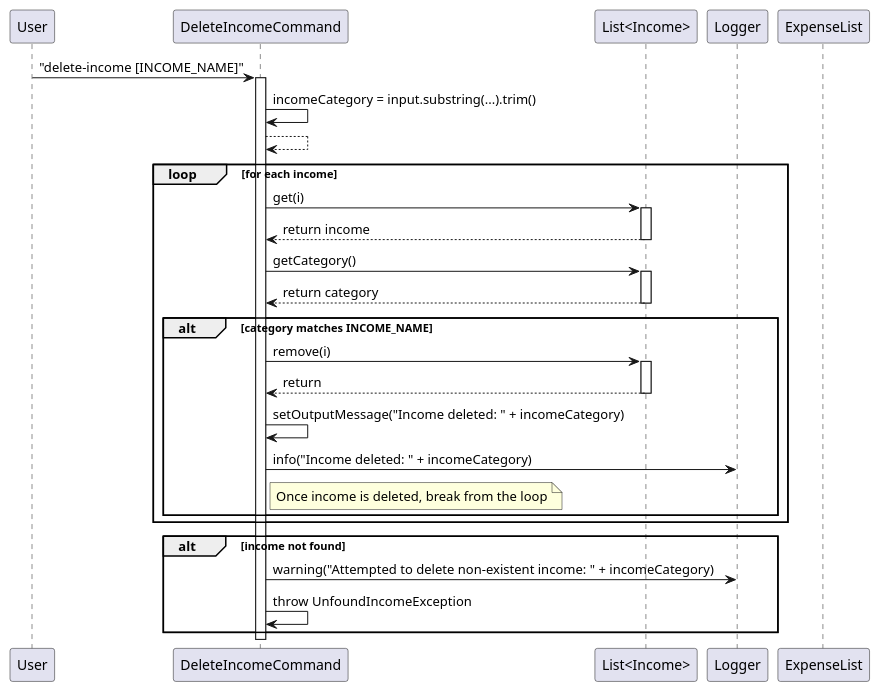
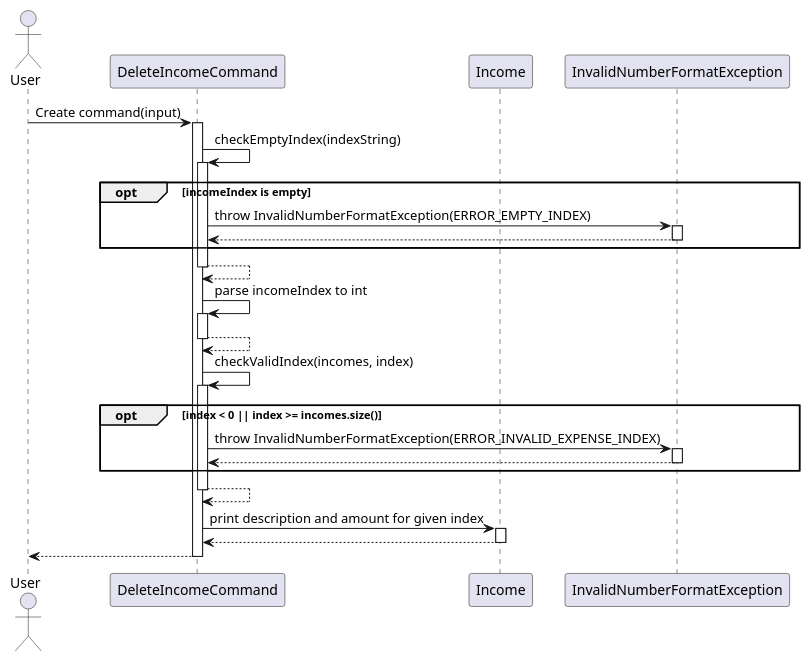
One commit to thienkimtranhoang/tp changed the diagram in docs/diagrams/DeleteIncomeCommandSequence.puml. Above: the diagram before and after it, drawn with PlantUML. The commit also changed 7 other files, not shown here.

Commit message:
update DG, UG, PPP, for deleteIncomeCommand

```diff
--- a/docs/diagrams/DeleteIncomeCommandSequence.puml
+++ b/docs/diagrams/DeleteIncomeCommandSequence.puml
@@ -1,47 +1,47 @@
 @startuml
-participant "User" as User
+actor User
 participant "DeleteIncomeCommand" as DeleteIncomeCommand
-participant "List<Income>" as IncomeList
-participant "Logger" as Logger
-participant "ExpenseList" as ExpenseList
+participant "Income" as Income
+participant "InvalidNumberFormatException" as InvalidNumberFormatException
 
-User -> DeleteIncomeCommand: "delete-income [INCOME_NAME]"
+User -> DeleteIncomeCommand: Create command(input)
 activate DeleteIncomeCommand
 
 
-DeleteIncomeCommand -> DeleteIncomeCommand: incomeCategory = input.substring(...).trim()
+
+DeleteIncomeCommand -> DeleteIncomeCommand : checkEmptyIndex(indexString)
+activate DeleteIncomeCommand
+opt incomeIndex is empty
+DeleteIncomeCommand -> InvalidNumberFormatException : throw InvalidNumberFormatException(ERROR_EMPTY_INDEX)
+activate InvalidNumberFormatException
+InvalidNumberFormatException --> DeleteIncomeCommand
+deactivate InvalidNumberFormatException
+end
 DeleteIncomeCommand --> DeleteIncomeCommand
-
-    loop for each income
-                DeleteIncomeCommand -> IncomeList: get(i)
-                activate IncomeList
-                IncomeList --> DeleteIncomeCommand: return income
-                deactivate IncomeList
-
-                DeleteIncomeCommand -> IncomeList: getCategory()
-                activate IncomeList
-                IncomeList--> DeleteIncomeCommand: return category
-                deactivate IncomeList
-
-                    alt category matches INCOME_NAME
-                        DeleteIncomeCommand -> IncomeList: remove(i)
-                        activate IncomeList
-                        IncomeList--> DeleteIncomeCommand: return
-                        deactivate IncomeList
-                        DeleteIncomeCommand -> DeleteIncomeCommand: setOutputMessage("Income deleted: " + incomeCategory)
-                        DeleteIncomeCommand -> Logger: info("Income deleted: " + incomeCategory)
-                        note right of DeleteIncomeCommand
-                        Once income is deleted, break from the loop
-                        end note
-                	end
-
-    end
+deactivate DeleteIncomeCommand
 
 
-alt income not found
-    DeleteIncomeCommand -> Logger: warning("Attempted to delete non-existent income: " + incomeCategory)
-    DeleteIncomeCommand -> DeleteIncomeCommand: throw UnfoundIncomeException
+DeleteIncomeCommand -> DeleteIncomeCommand : parse incomeIndex to int
+activate DeleteIncomeCommand
+DeleteIncomeCommand --> DeleteIncomeCommand
+deactivate DeleteIncomeCommand
+
+DeleteIncomeCommand -> DeleteIncomeCommand : checkValidIndex(incomes, index)
+activate DeleteIncomeCommand
+opt index < 0 || index >= incomes.size()
+DeleteIncomeCommand -> InvalidNumberFormatException : throw InvalidNumberFormatException(ERROR_INVALID_EXPENSE_INDEX)
+activate InvalidNumberFormatException
+InvalidNumberFormatException --> DeleteIncomeCommand
+deactivate InvalidNumberFormatException
 end
+DeleteIncomeCommand --> DeleteIncomeCommand
+deactivate DeleteIncomeCommand
 
+DeleteIncomeCommand -> Income: print description and amount for given index
+activate Income
+Income --> DeleteIncomeCommand
+deactivate Income
+
+DeleteIncomeCommand --> User
 deactivate DeleteIncomeCommand
 @enduml
```
